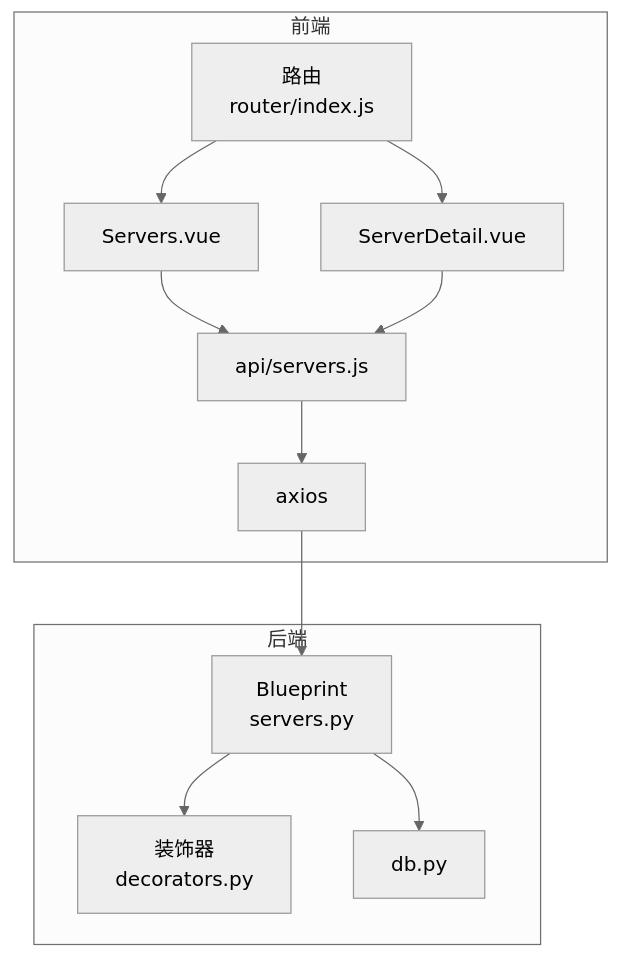
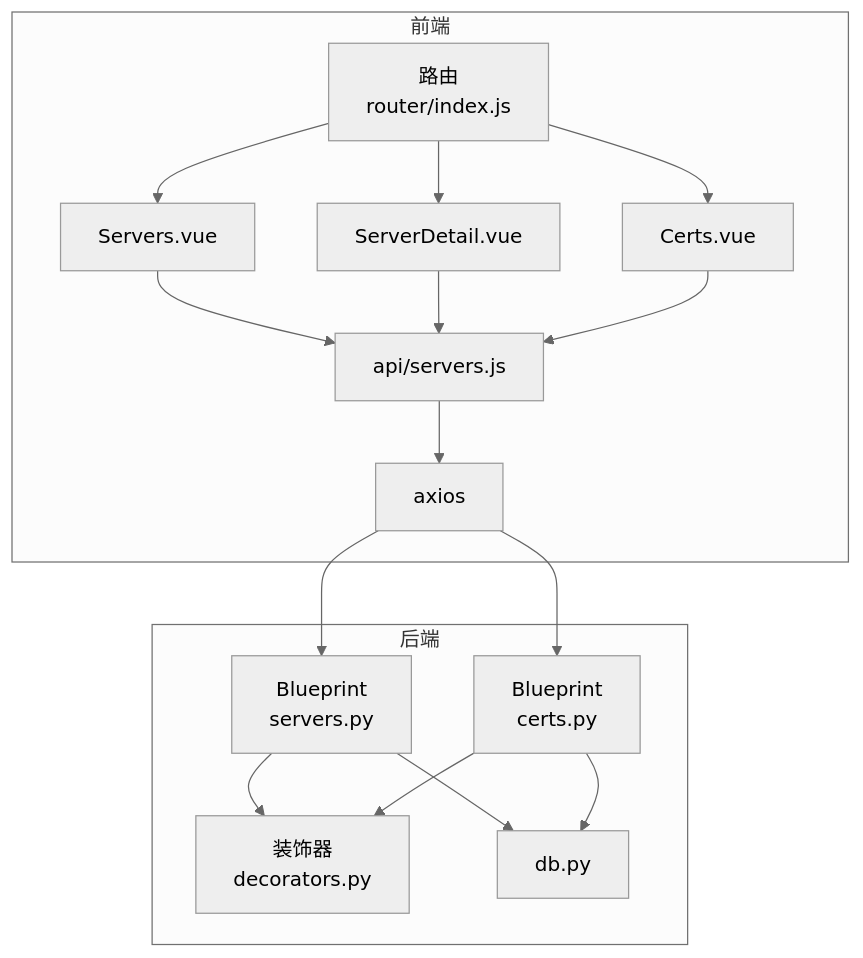
Before and after one commit to ismine3/OPS: the eighth of 8 diagrams in .qoder/repowiki/zh/content/核心功能模块/服务器管理模块.md, drawn with Mermaid (neutral theme). The commit also changed other lines of this file and 17 other files, not shown here.

````diff
--- a/.qoder/repowiki/zh/content/核心功能模块/服务器管理模块.md
+++ b/.qoder/repowiki/zh/content/核心功能模块/服务器管理模块.md
@@ -319,23 +416,30 @@
 ```mermaid
 graph TB
 subgraph "前端"
 R["路由<br/>router/index.js"]
 V1["Servers.vue"]
 V2["ServerDetail.vue"]
+V3["Certs.vue"]
 A1["api/servers.js"]
 AX["axios"]
 end
 subgraph "后端"
 BP["Blueprint<br/>servers.py"]
+BPC["Blueprint<br/>certs.py"]
 DEC["装饰器<br/>decorators.py"]
 DB["db.py"]
 end
 R --> V1
 R --> V2
+R --> V3
 V1 --> A1
 V2 --> A1
+V3 --> A1
 A1 --> AX
 AX --> BP
+AX --> BPC
 BP --> DEC
+BPC --> DEC
 BP --> DB
+BPC --> DB
 ```
````
